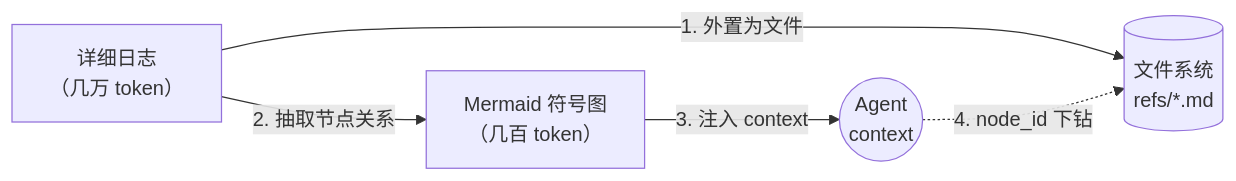
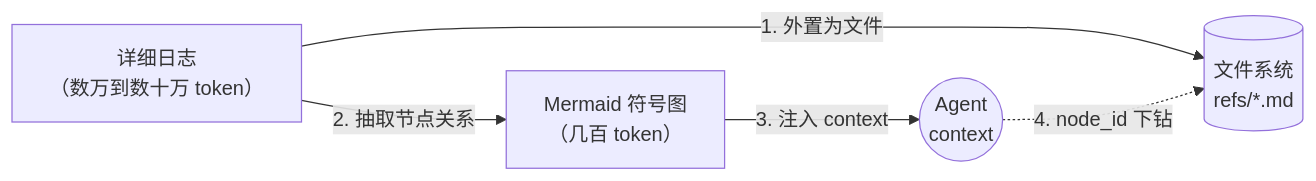
Before and after one commit to A1pha3/text-matrix: the diagram in content/posts/tech/tencentdb-agent-memory-layered-symbolic-agent-memory.md, drawn with Mermaid. The commit also changed other lines of this file and 331 other files, not shown here.

````diff
--- a/content/posts/tech/tencentdb-agent-memory-layered-symbolic-agent-memory.md
+++ b/content/posts/tech/tencentdb-agent-memory-layered-symbolic-agent-memory.md
@@ -68,7 +72,7 @@
 ```mermaid
 graph LR
-    Log["详细日志<br/>（几万 token）"] -->|"1. 外置为文件"| FS[("文件系统<br/>refs/*.md")]
+    Log["详细日志<br/>（数万到数十万 token）"] -->|"1. 外置为文件"| FS[("文件系统<br/>refs/*.md")]
     Log -->|"2. 抽取节点关系"| MMD["Mermaid 符号图<br/>（几百 token）"]
     MMD -->|"3. 注入 context"| Agent(("Agent<br/>context"))
     Agent -. "4. node_id 下钻" .-> FS
 ```
````
